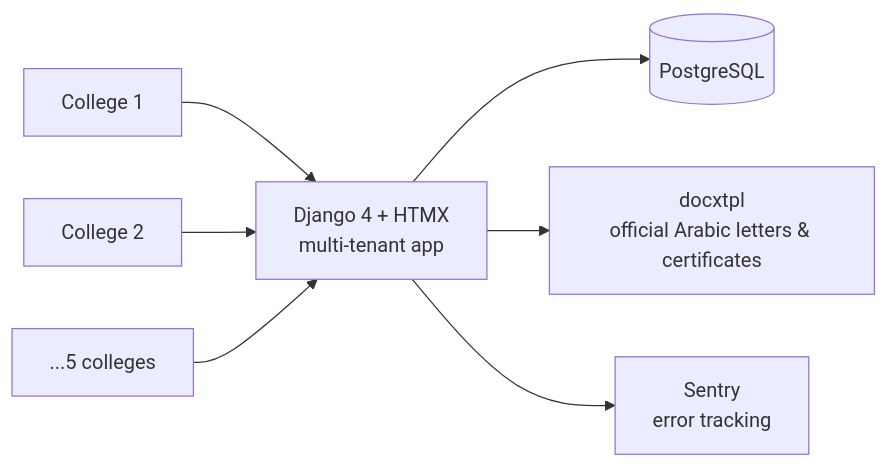
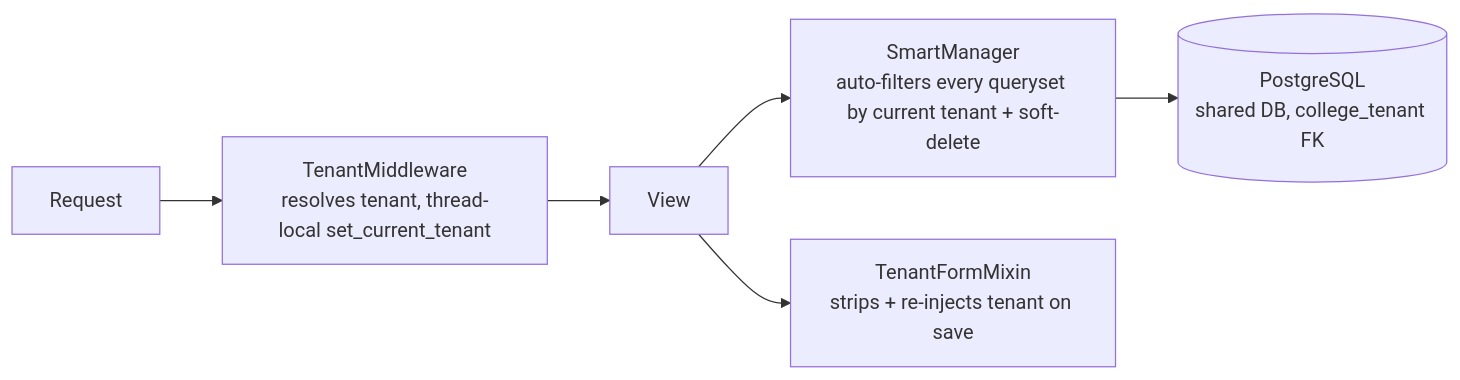
The second of 2 diagrams in two-rivers-erp.md (hosin211/production-systems), drawn with Mermaid before and after one commit. The commit also changed other lines of this file and 2 other files, not shown here.

````diff
--- a/two-rivers-erp.md
+++ b/two-rivers-erp.md
@@ -26,7 +51,8 @@
 ```mermaid
 flowchart LR
-    C1[College 1] & C2[College 2] & C3[...5 colleges] --> A[Django 4 + HTMX<br/>multi-tenant app]
-    A --> P[(PostgreSQL)]
-    A --> D[docxtpl<br/>official Arabic letters & certificates]
-    A --> S[Sentry<br/>error tracking]
+    R[Request] --> M[TenantMiddleware<br/>resolves tenant, thread-local set_current_tenant]
+    M --> V[View]
+    V --> SM[SmartManager<br/>auto-filters every queryset by current tenant + soft-delete]
+    SM --> P[(PostgreSQL<br/>shared DB, college_tenant FK)]
+    V --> F[TenantFormMixin<br/>strips + re-injects tenant on save]
 ```
````
